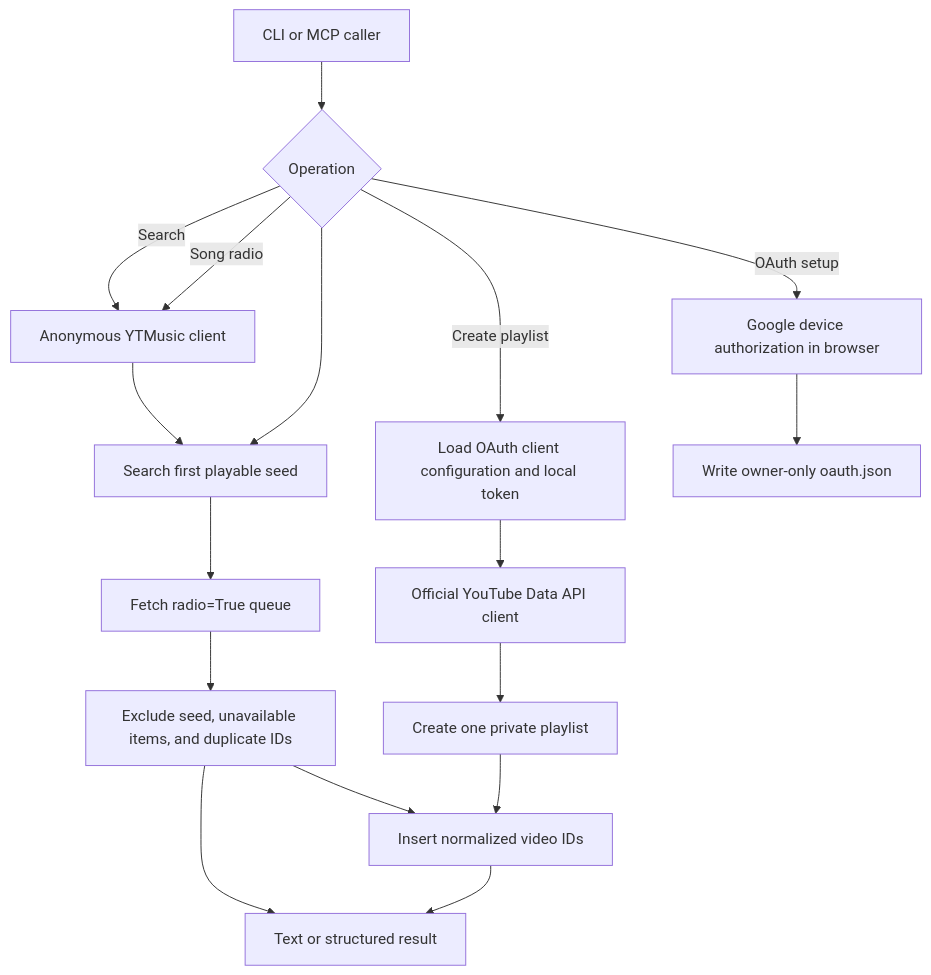
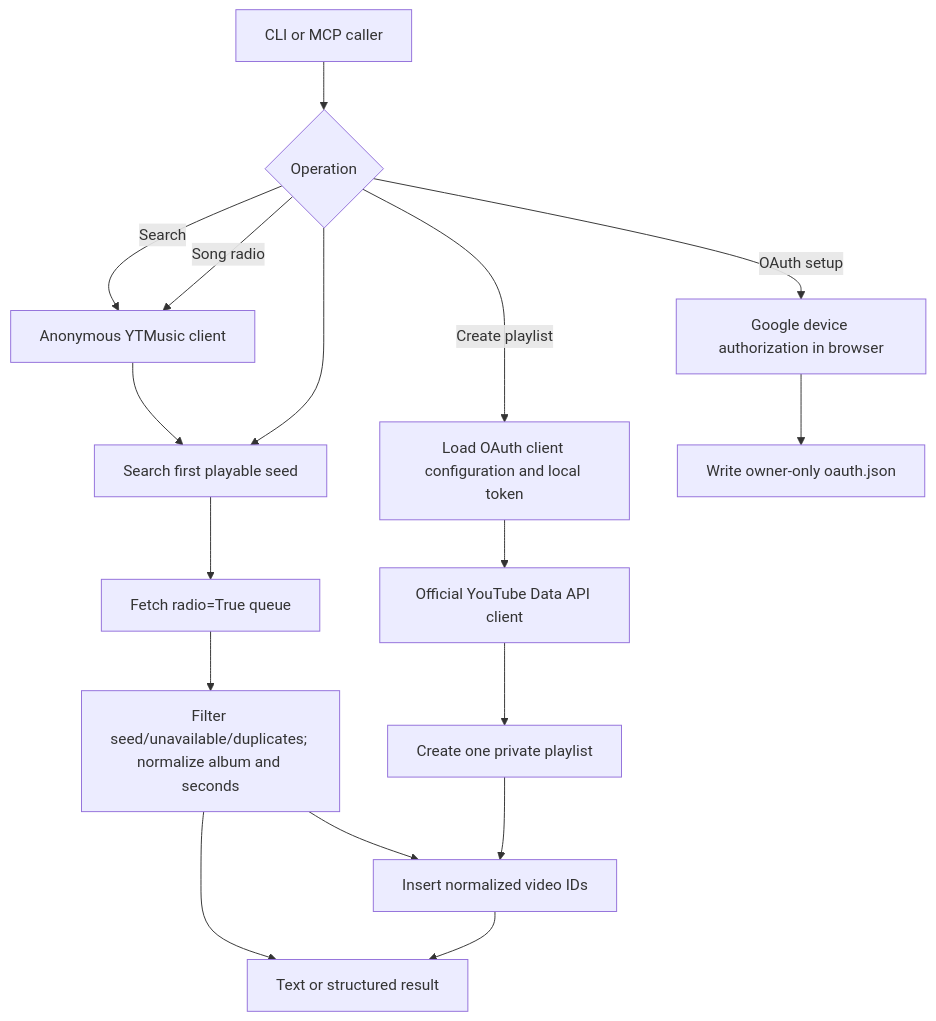
The diagram in docs/plan.md (stevenmichiels/yt-mcp), drawn with Mermaid before and after one commit. The commit also changed other lines of this file and 5 other files, not shown here.

````diff
--- a/docs/plan.md
+++ b/docs/plan.md
@@ -27,21 +27,21 @@
 ```mermaid
 flowchart TD
     U[CLI or MCP caller] --> O{Operation}
     O -->|Search| A[Anonymous YTMusic client]
     O -->|Song radio| A
     A --> S[Search first playable seed]
     S --> R[Fetch radio=True queue]
-    R --> N[Exclude seed, unavailable items, and duplicate IDs]
+    R --> N[Filter seed/unavailable/duplicates; normalize album and seconds]
     N --> J[Text or structured result]
 
     O -->|Create playlist| C[Load OAuth client configuration and local token]
     C --> P[Official YouTube Data API client]
     P --> W[Create one private playlist]
     O --> S
     N --> W2[Insert normalized video IDs]
     W --> W2
     W2 --> J
 
     O -->|OAuth setup| G[Google device authorization in browser]
     G --> T[Write owner-only oauth.json]
 ```
````
